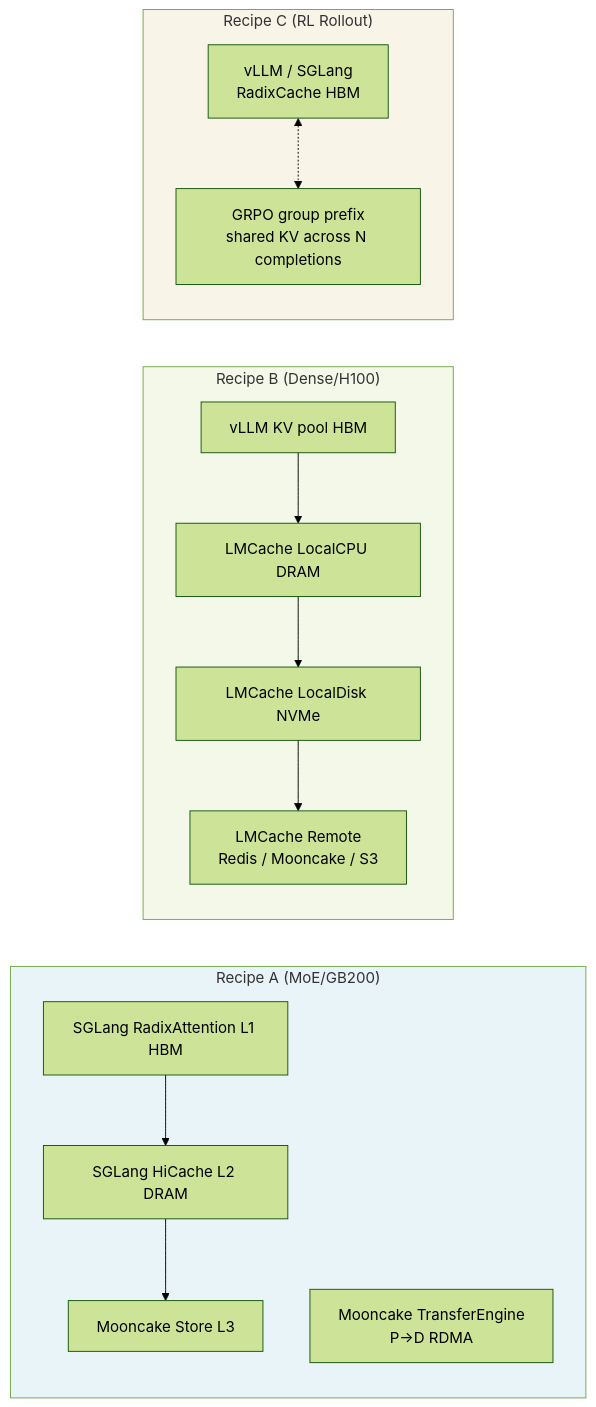
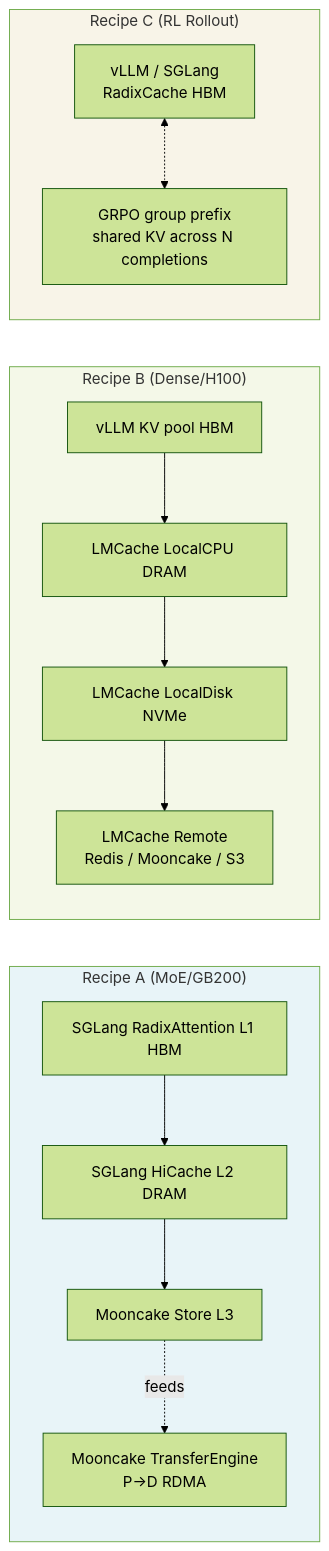
Before and after one commit to PoyenAndyChen/llm-inference-systems: the fourth of 4 diagrams in 90-synthesis/01-production-stack-recipes.md, drawn with Mermaid (forest theme). The commit also changed other lines of this file and 5 other files, not shown here.

````diff
--- a/90-synthesis/01-production-stack-recipes.md
+++ b/90-synthesis/01-production-stack-recipes.md
@@ -524,28 +524,29 @@
 ```mermaid
 flowchart LR
     subgraph RecipeA["Recipe A (MoE/GB200)"]
         RA1[SGLang RadixAttention L1 HBM]
         RA2[SGLang HiCache L2 DRAM]
         RA3[Mooncake Store L3]
         RA1 --> RA2 --> RA3
         MC[Mooncake TransferEngine\nP→D RDMA]
+        RA3 -.feeds.-> MC
     end
 
     subgraph RecipeB["Recipe B (Dense/H100)"]
         RB1[vLLM KV pool HBM]
         RB2[LMCache LocalCPU DRAM]
         RB3[LMCache LocalDisk NVMe]
         RB4[LMCache Remote\nRedis / Mooncake / S3]
         RB1 --> RB2 --> RB3 --> RB4
     end
 
     subgraph RecipeC["Recipe C (RL Rollout)"]
         RC1[vLLM / SGLang\nRadixCache HBM]
         RC2[GRPO group prefix\nshared KV across N completions]
         RC1 <-.-> RC2
     end
 
     style RecipeA fill:#e8f4f8
     style RecipeB fill:#f4f8e8
     style RecipeC fill:#f8f4e8
 ```
````
